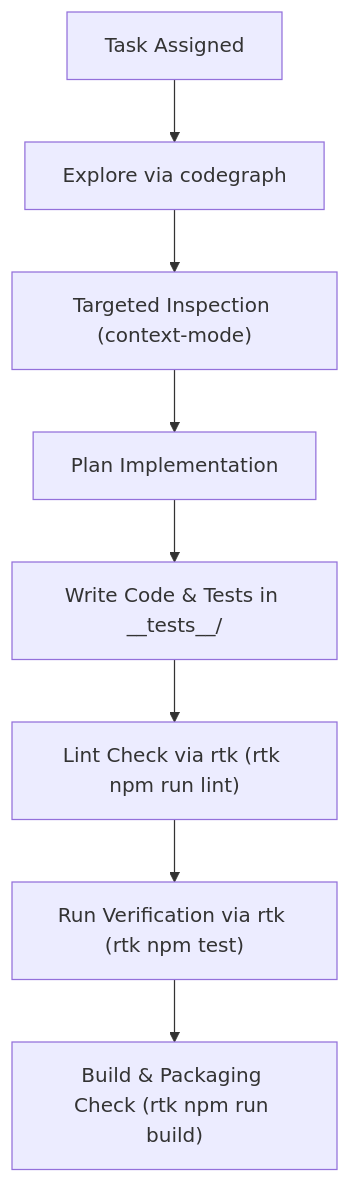
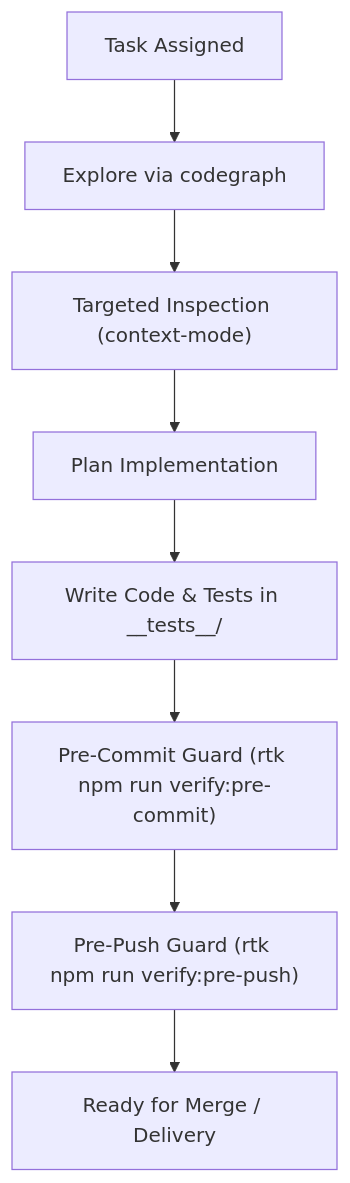
The diagram in .agents/AGENTS.md (duracellrabbid/JERMChart), drawn with Mermaid before and after one commit. The commit also changed other lines of this file and 7 other files, not shown here.

Commit message:
Updated pre-commit and pre-push hooks to ensure code quality upon pushing to remote

````diff
--- a/.agents/AGENTS.md
+++ b/.agents/AGENTS.md
@@ -108,10 +108,10 @@
 ```mermaid
 flowchart TD
     A["Task Assigned"] --> B["Explore via codegraph"]
     B --> C["Targeted Inspection (context-mode)"]
     C --> D["Plan Implementation"]
     D --> E["Write Code & Tests in __tests__/"]
-    E --> F["Lint Check via rtk (rtk npm run lint)"]
-    F --> G["Run Verification via rtk (rtk npm test)"]
-    G --> H["Build & Packaging Check (rtk npm run build)"]
+    E --> F["Pre-Commit Guard (rtk npm run verify:pre-commit)"]
+    F --> G["Pre-Push Guard (rtk npm run verify:pre-push)"]
+    G --> H["Ready for Merge / Delivery"]
 ```
````
